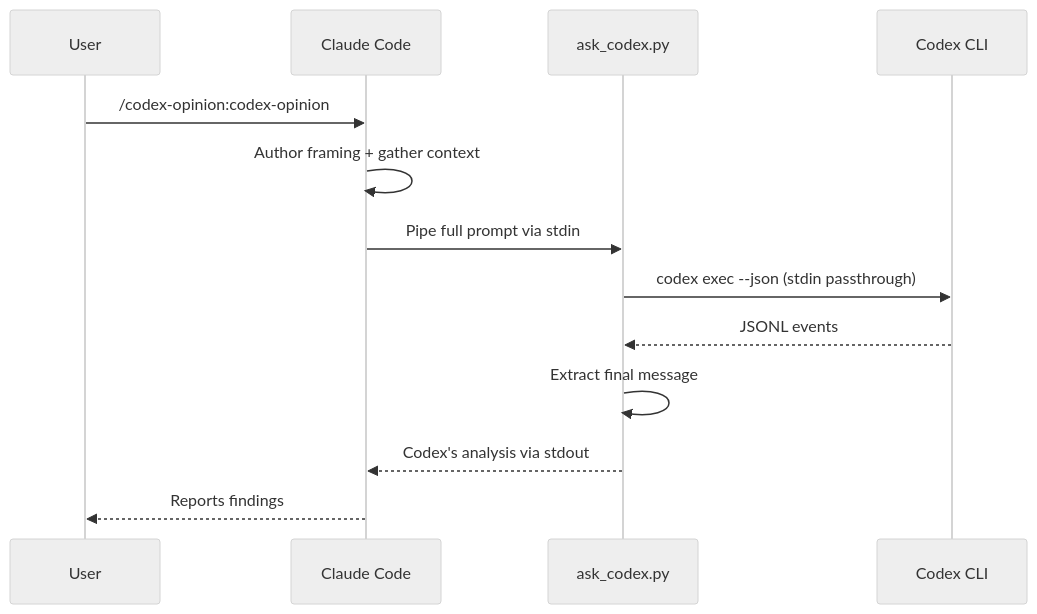
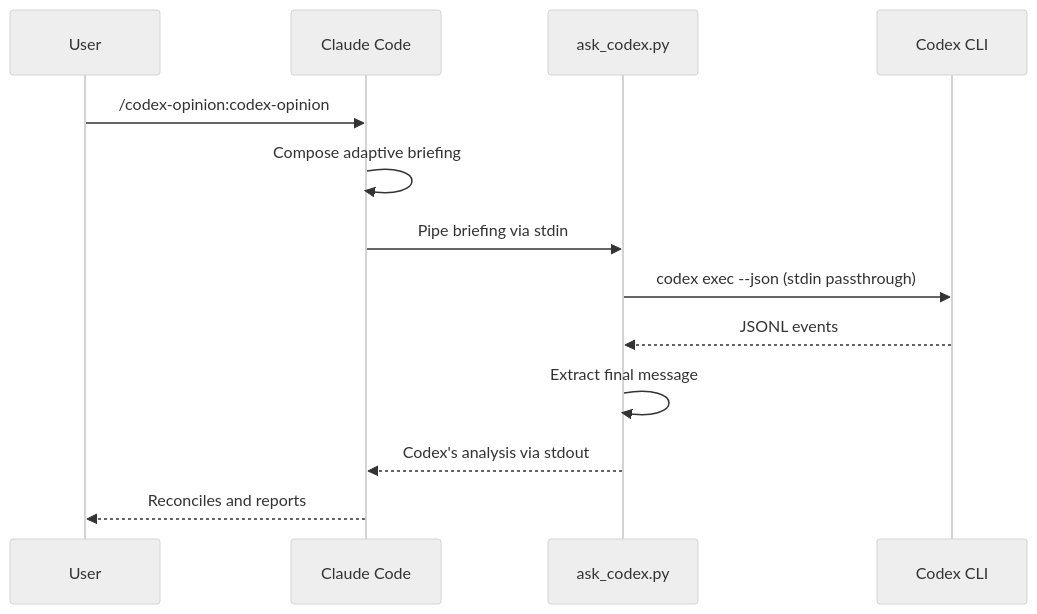
The first of 3 diagrams in README.md (ehzawad/codex-opinion), drawn with Mermaid (neutral theme) before and after one commit. The commit also changed other lines of this file and 3 other files, not shown here.

First line of the commit message:
v1.3.0: three-brain philosophy baked in, adaptive briefing replaces templates

````diff
--- a/README.md
+++ b/README.md
@@ -53,16 +70,16 @@
 ```mermaid
 sequenceDiagram
     participant U as User
     participant C as Claude Code
     participant S as ask_codex.py
     participant X as Codex CLI
 
     U->>C: /codex-opinion:codex-opinion
-    C->>C: Author framing + gather context
-    C->>S: Pipe full prompt via stdin
+    C->>C: Compose adaptive briefing
+    C->>S: Pipe briefing via stdin
     S->>X: codex exec --json (stdin passthrough)
     X-->>S: JSONL events
     S->>S: Extract final message
     S-->>C: Codex's analysis via stdout
-    C-->>U: Reports findings
+    C-->>U: Reconciles and reports
 ```
````
